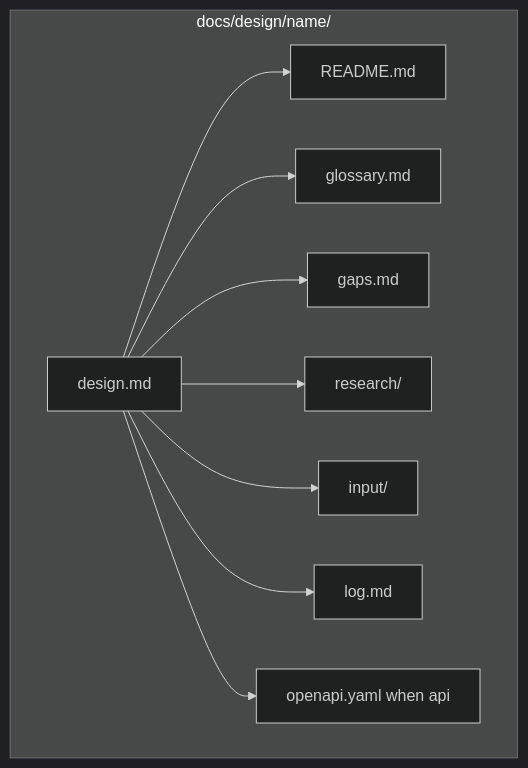
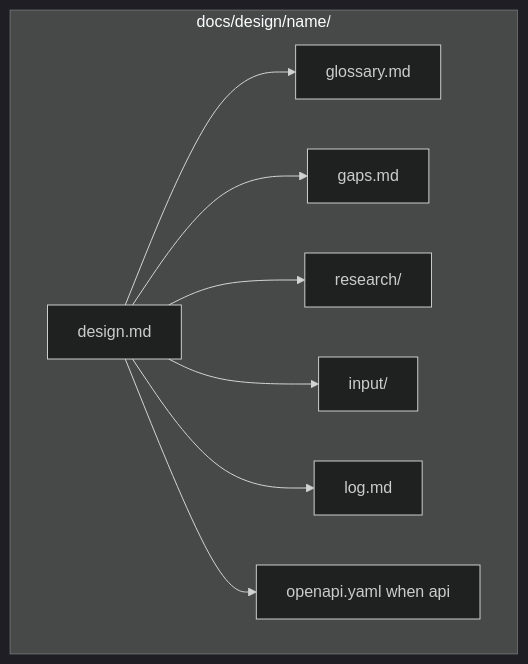
Before and after one commit to svennijhuis/agentPacks: the second of 5 diagrams in docs/adr/0003-productivity-plugin-tech-design.md, drawn with Mermaid (dark theme). The commit also changed other lines of this file and 2 other files, not shown here.

Commit message:
fix(productivity): resume a design from design.md, not a folder README
The design folder is the map. Resume reads its status and map sections, gaps.md, and the last log line. The plugin README stays the owner doc.

````diff
--- a/docs/adr/0003-productivity-plugin-tech-design.md
+++ b/docs/adr/0003-productivity-plugin-tech-design.md
@@ -70,20 +69,18 @@
 ```mermaid
 flowchart TB
   subgraph folder ["docs/design/name/"]
     design["design.md"]
-    readme["README.md"]
     glossary["glossary.md"]
     gaps["gaps.md"]
     researchDir["research/"]
     inputDir["input/"]
     log["log.md"]
     openapi["openapi.yaml when api"]
-    design --> readme
     design --> glossary
     design --> gaps
     design --> researchDir
     design --> inputDir
     design --> log
     design --> openapi
   end
 ```
````
